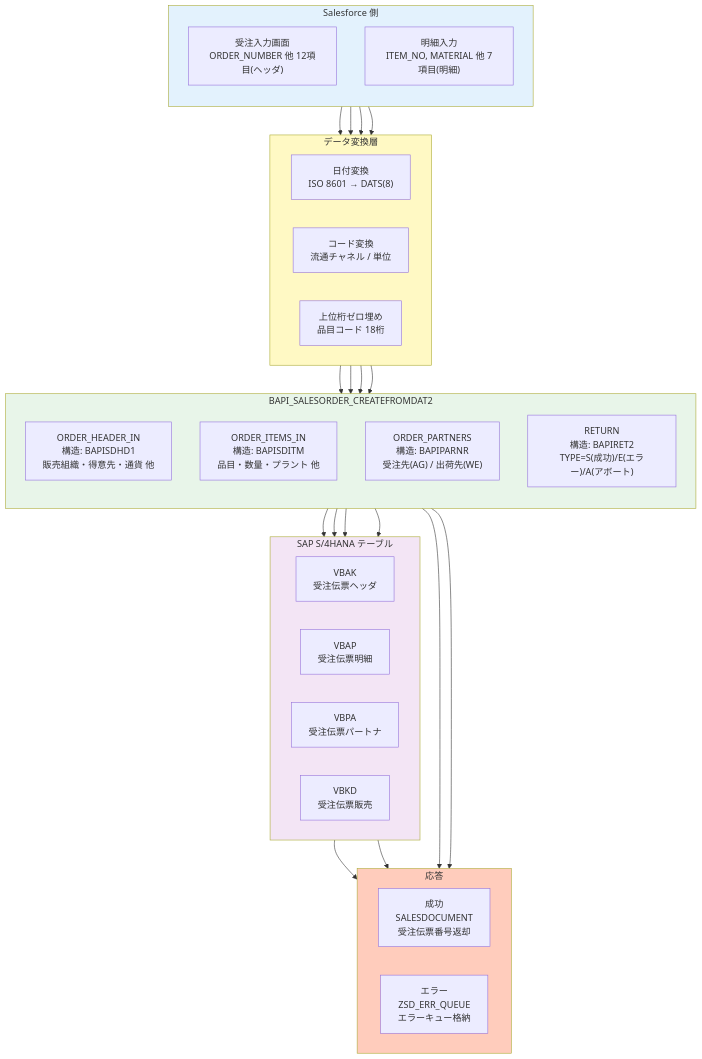
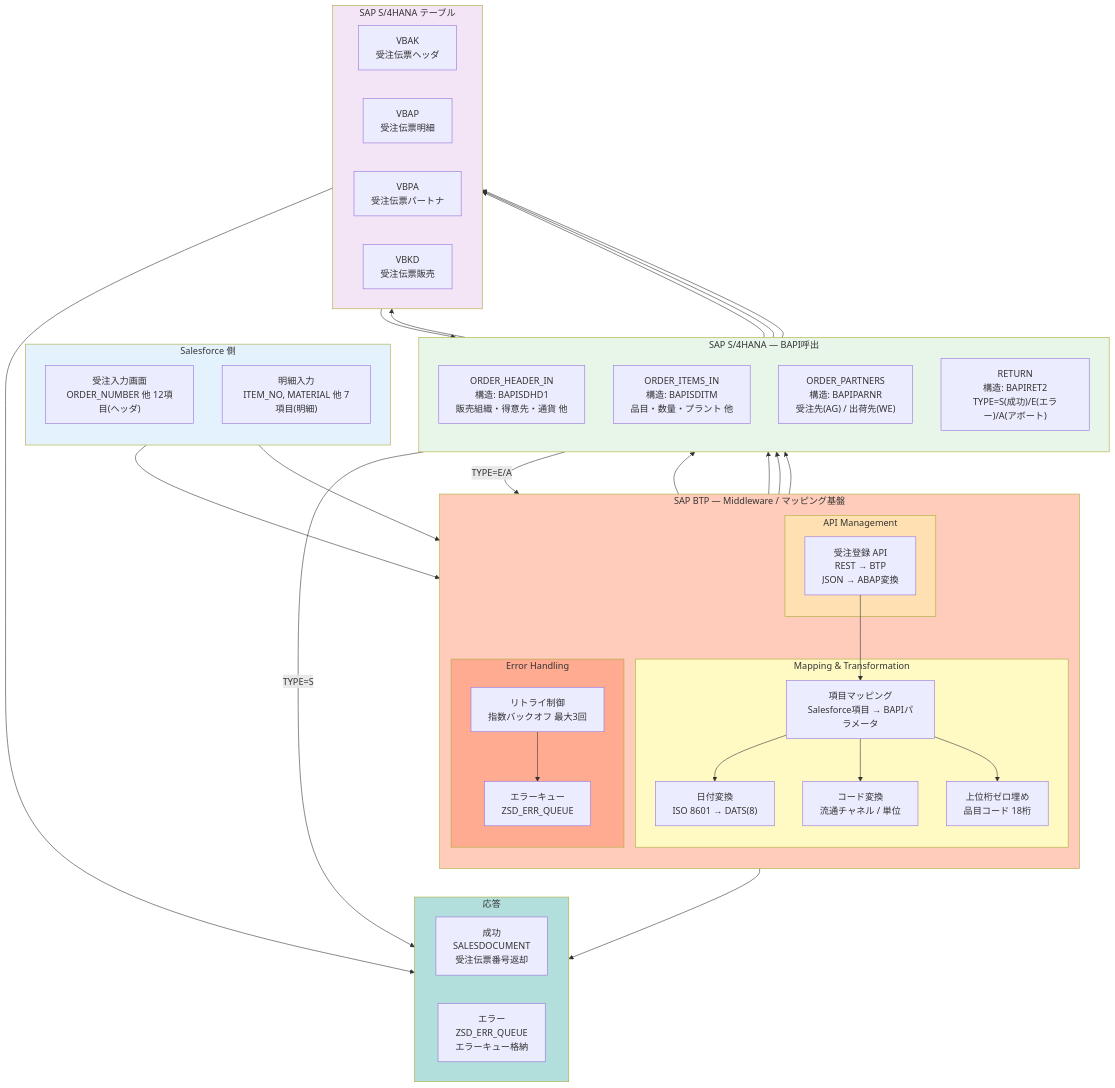
The diagram in poc/受注伝票登録/02-設計書・マッピングシート.md (winds198912121/grill-me), drawn with Mermaid before and after one commit. The commit also changed other lines of this file and 3 other files, not shown here.

First line of the commit message:
Update architecture: SAP BTP as middleware mapping layer

````diff
--- a/poc/受注伝票登録/02-設計書・マッピングシート.md
+++ b/poc/受注伝票登録/02-設計書・マッピングシート.md
@@ -43,60 +43,77 @@
 ```mermaid
 flowchart TB
   subgraph SF[Salesforce 側]
     direction TB
     S1["受注入力画面<br/>ORDER_NUMBER 他 12項目(ヘッダ)"]
     S2["明細入力<br/>ITEM_NO, MATERIAL 他 7項目(明細)"]
   end
 
-  subgraph TF[データ変換層]
-    direction LR
+  subgraph BTP[SAP BTP — Middleware / マッピング基盤]
+    direction TB
+    subgraph BTP_API[API Management]
+    A1["受注登録 API<br/>REST → BTP<br/>JSON → ABAP変換"]
+    end
+    subgraph BTP_MAP[Mapping & Transformation]
     T1["日付変換<br/>ISO 8601 → DATS(8)"]
     T2["コード変換<br/>流通チャネル / 単位"]
     T3["上位桁ゼロ埋め<br/>品目コード 18桁"]
+    T4["項目マッピング<br/>Salesforce項目 → BAPIパラメータ"]
+    end
+    subgraph BTP_ERR[Error Handling]
+    E1["リトライ制御<br/>指数バックオフ 最大3回"]
+    E2["エラーキュー<br/>ZSD_ERR_QUEUE"]
+    end
   end
 
-  subgraph BAPI[BAPI_SALESORDER_CREATEFROMDAT2]
+  subgraph BAPI[SAP S/4HANA — BAPI呼出]
     direction TB
     H["ORDER_HEADER_IN<br/>構造: BAPISDHD1<br/>販売組織・得意先・通貨 他"]
     I["ORDER_ITEMS_IN<br/>構造: BAPISDITM<br/>品目・数量・プラント 他"]
     P["ORDER_PARTNERS<br/>構造: BAPIPARNR<br/>受注先(AG) / 出荷先(WE)"]
     R["RETURN<br/>構造: BAPIRET2<br/>TYPE=S(成功)/E(エラー)/A(アボート)"]
   end
 
   subgraph SAP[SAP S/4HANA テーブル]
     direction LR
     V1["VBAK<br/>受注伝票ヘッダ"]
     V2["VBAP<br/>受注伝票明細"]
     V3["VBPA<br/>受注伝票パートナ"]
     V4["VBKD<br/>受注伝票販売"]
   end
 
   subgraph RES[応答]
     direction LR
     OK["成功<br/>SALESDOCUMENT<br/>受注伝票番号返却"]
     ERR["エラー<br/>ZSD_ERR_QUEUE<br/>エラーキュー格納"]
   end
 
-  S1 --> T1
-  S1 --> T2
-  S2 --> T3
-  S2 --> T2
+  S1 --> A1
+  S2 --> A1
+  A1 --> T4
+  T4 --> T1
+  T4 --> T2
+  T4 --> T3
   T1 --> H
   T2 --> H
   T2 --> I
   T3 --> I
   H --> V1
   I --> V2
   P --> V3
   H --> V4
   V1 --> OK
-  V1 --> ERR
-  R --> OK
-  R --> ERR
+  V1 --> R
+  R -->|TYPE=E/A| E1
+  E1 --> E2
+  E2 --> ERR
+  R -->|TYPE=S| OK
 
   style SF fill:#e3f2fd
-  style TF fill:#fff9c4
+  style BTP fill:#ffccbc
+  style BTP_API fill:#ffe0b2
+  style BTP_MAP fill:#fff9c4
+  style BTP_ERR fill:#ffab91
   style BAPI fill:#e8f5e9
   style SAP fill:#f3e5f5
-  style RES fill:#ffccbc
+  style RES fill:#b2dfdb
 ```
````
